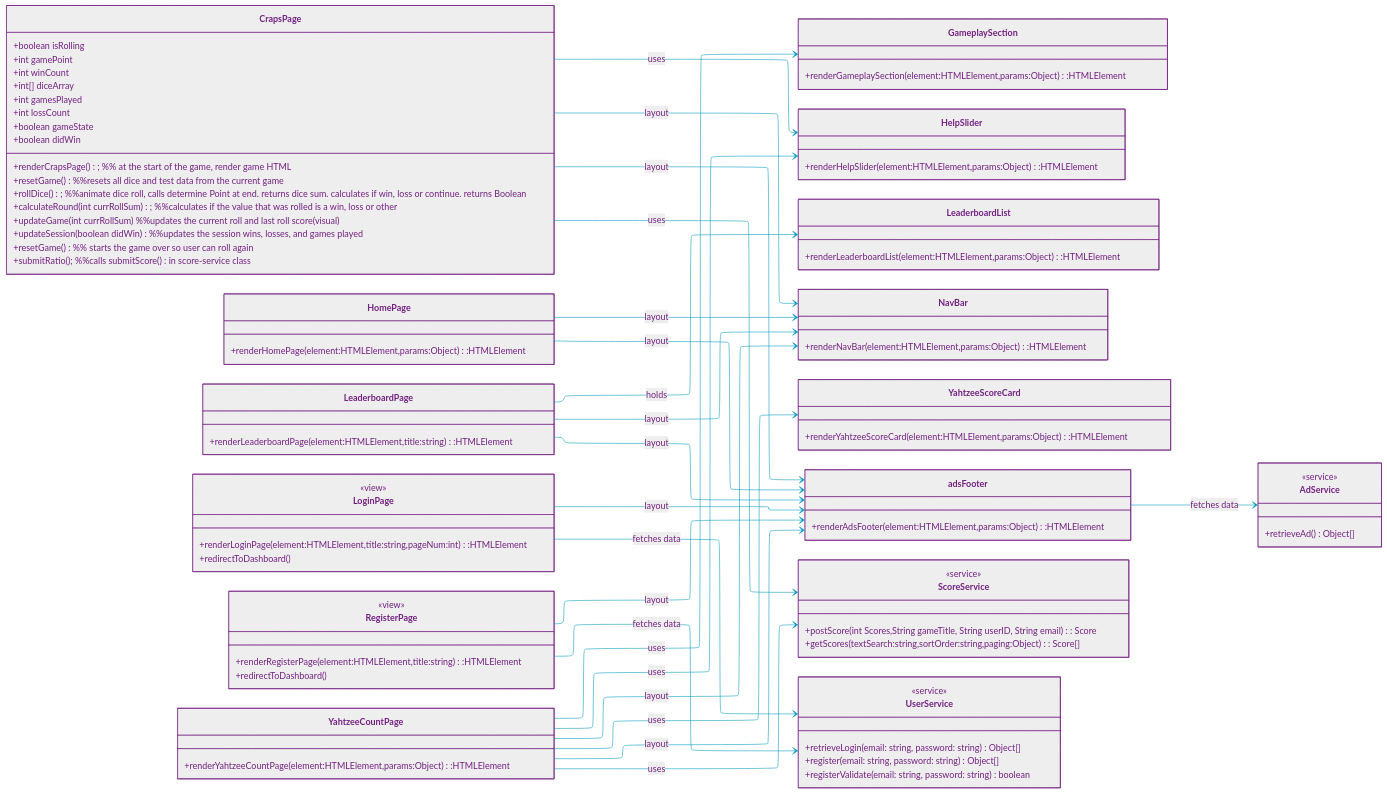
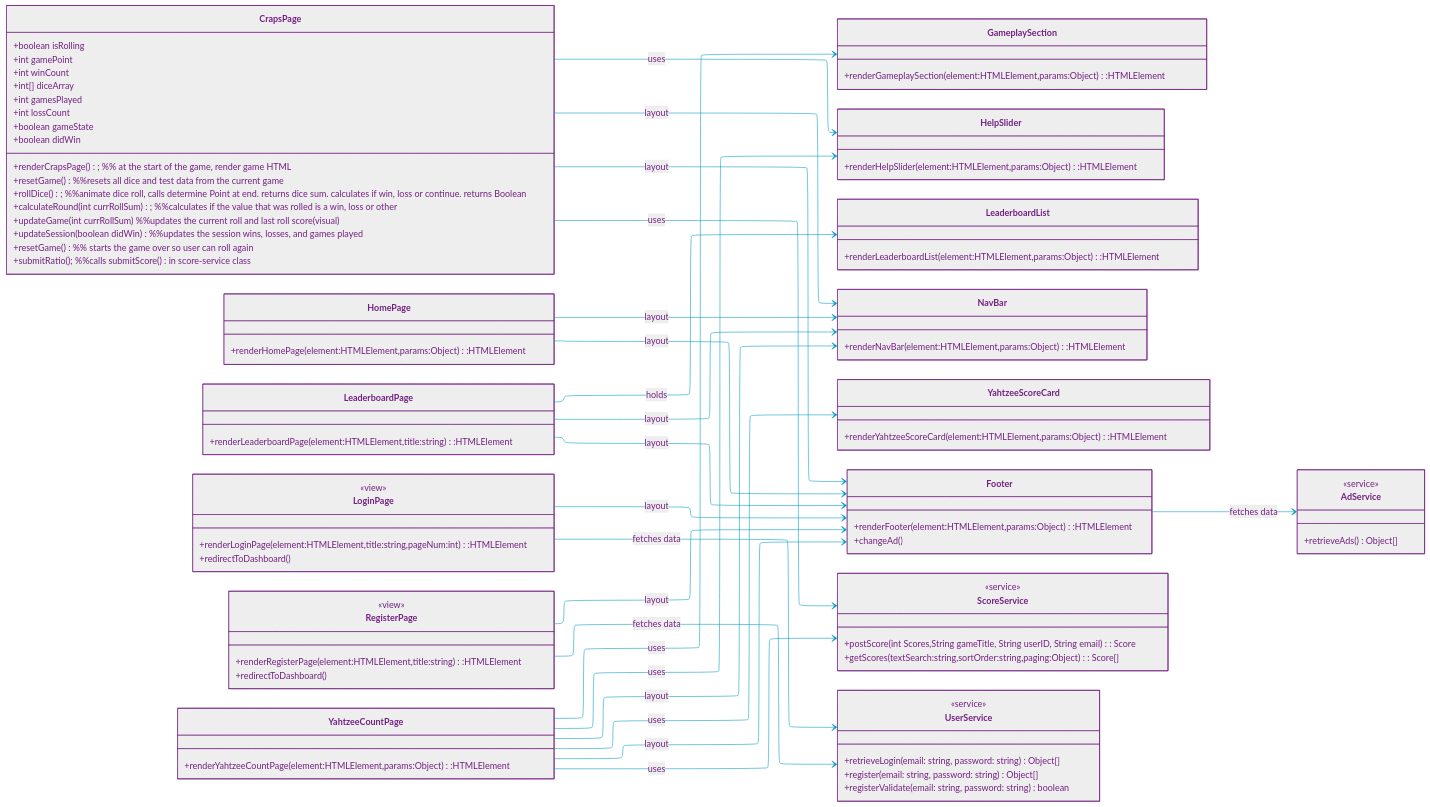
Before and after one commit to null-0ne/COSA-195-Gamehub: the diagram in uml/icd.md, drawn with Mermaid. The commit also changed 5 other files, not shown here.

Commit message:
Finished UML diagrams

```diff
--- a/uml/icd.md
+++ b/uml/icd.md
@@ -29,8 +29,9 @@
         +renderYahtzeeScoreCard(element:HTMLElement,params:Object):HTMLElement
     }
 
-    class adsFooter{
-        +renderAdsFooter(element:HTMLElement,params:Object):HTMLElement
+    class Footer{
+        +renderFooter(element:HTMLElement,params:Object):HTMLElement
+        +changeAd()
     }
     
     %% ---------LIB -----------%%
@@ -49,7 +50,7 @@
 
     class AdService{
         <<service>>
-        +retrieveAd() Object[]
+        +retrieveAds() Object[]
     }
 
     %% ---------PAGES ----------%%
@@ -108,12 +109,12 @@
 
     
      %% Relationships
-    HomePage --> adsFooter : layout
-    YahtzeeCountPage --> adsFooter : layout
-    CrapsPage --> adsFooter : layout
-    LeaderboardPage --> adsFooter : layout
-    LoginPage --> adsFooter : layout
-    RegisterPage --> adsFooter : layout
+    HomePage --> Footer : layout
+    YahtzeeCountPage --> Footer : layout
+    CrapsPage --> Footer : layout
+    LeaderboardPage --> Footer : layout
+    LoginPage --> Footer : layout
+    RegisterPage --> Footer : layout
 
     HomePage --> NavBar : layout
     CrapsPage --> NavBar : layout
@@ -133,7 +134,7 @@
     LoginPage --> UserService : fetches data
     RegisterPage --> UserService : fetches data
 
-    adsFooter --> AdService : fetches data
+    Footer --> AdService : fetches data
     %% scoreService<-- YahtzeeCountPage : uses
     %% YahtzeeCountPage <-- yahtzee-scorecard : uses
     %% YahtzeeCountPage <-- gameplay-section : uses
```
